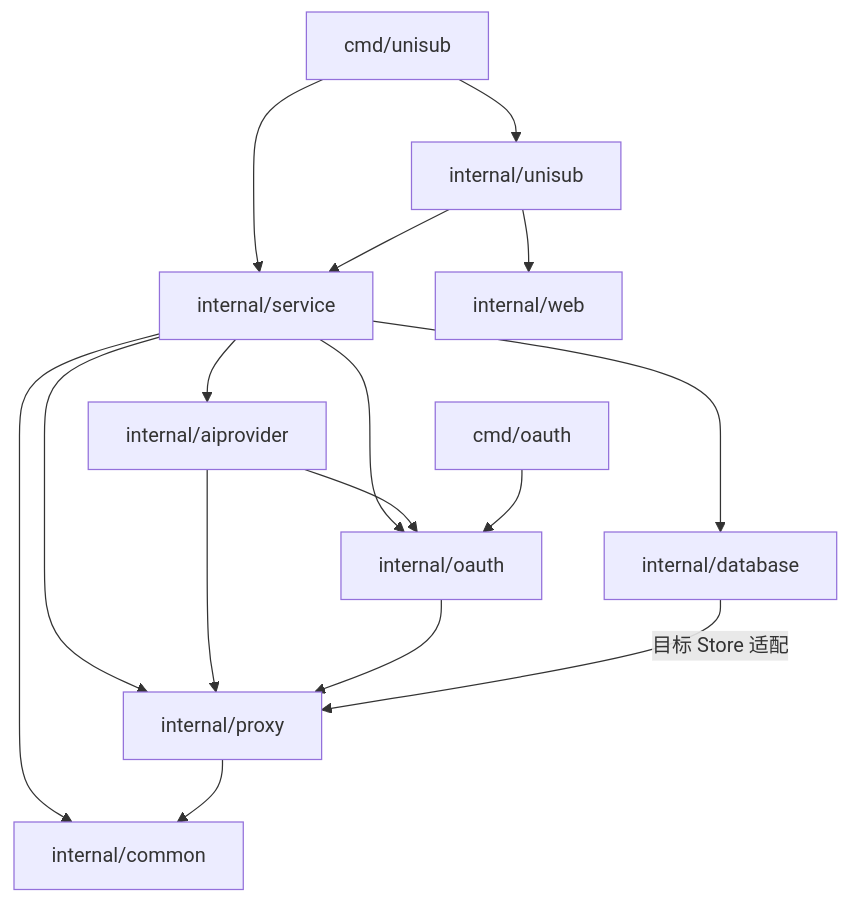
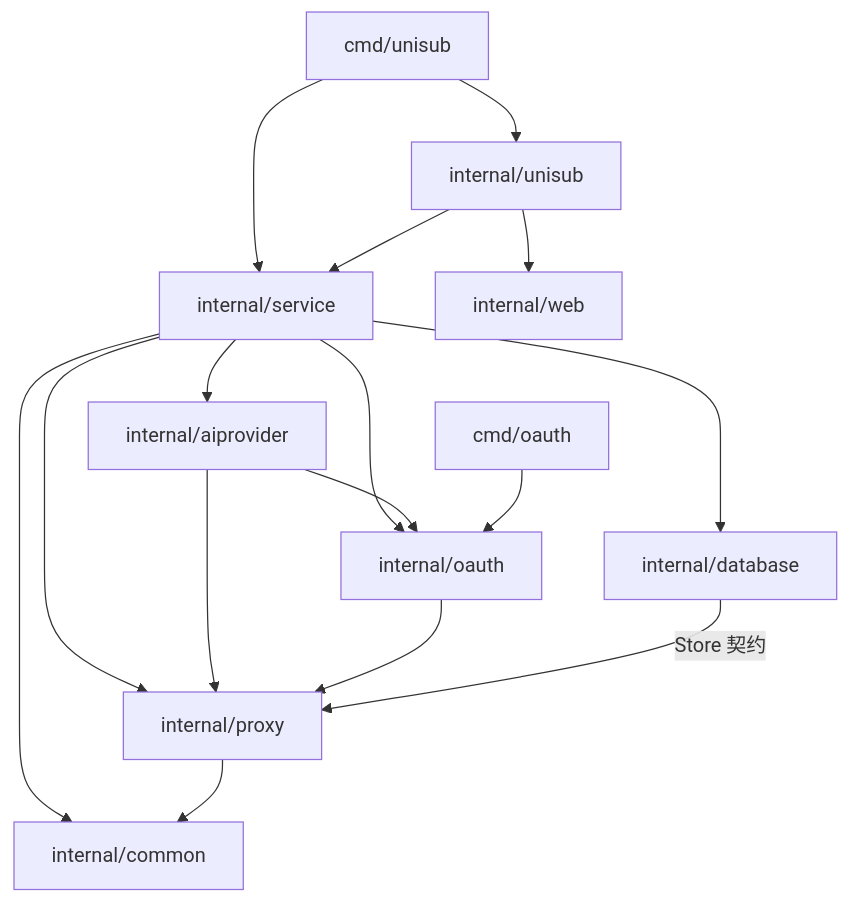
Before and after one commit to gamemake/ai-unisub: the diagram in docs/architecture.md, drawn with Mermaid. The commit also changed other lines of this file and 76 other files, not shown here.

````diff
--- a/docs/architecture.md
+++ b/docs/architecture.md
@@ -19,18 +19,18 @@
 ```mermaid
 flowchart TD
     Entry[cmd/unisub] --> App[internal/unisub]
     Entry --> Framework[internal/service]
     App --> Framework
     App --> Web[internal/web]
     Framework --> DB[internal/database]
     Framework --> OAuth[internal/oauth]
     Framework --> AI[internal/aiprovider]
     Framework --> Proxy[internal/proxy]
     AI --> OAuth
     AI --> Proxy
     OAuth --> Proxy
-    DB -->|目标 Store 适配| Proxy
+    DB -->|Store 契约| Proxy
     Framework --> Common[internal/common]
     Proxy --> Common
     CLI[cmd/oauth] --> OAuth
 ```
````
